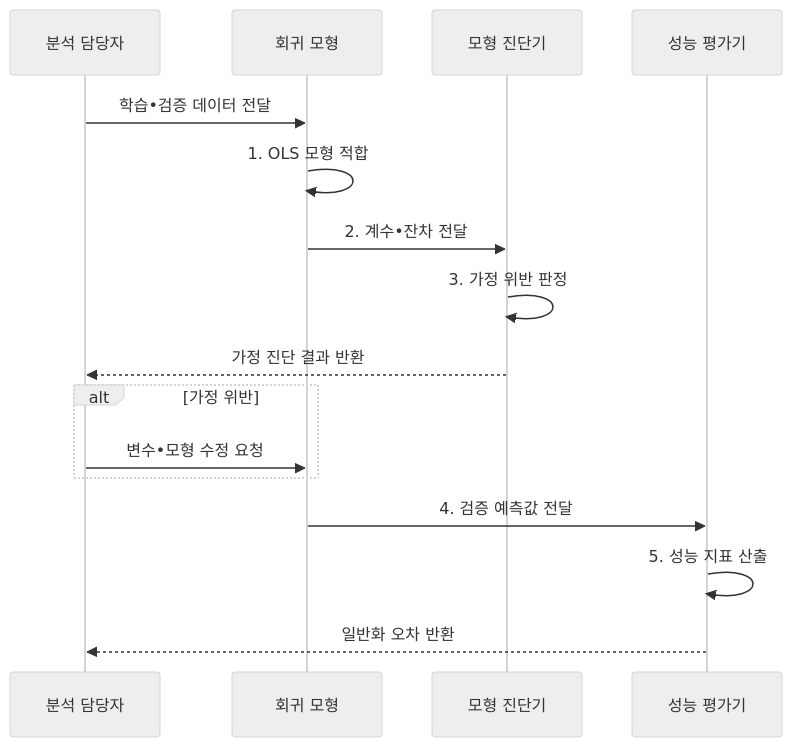
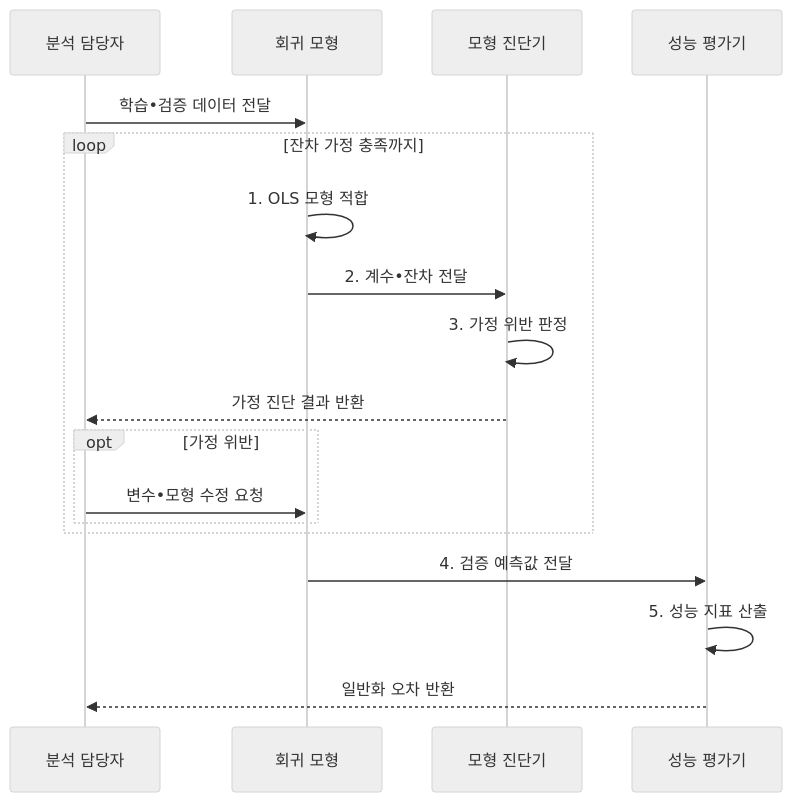
The second of 2 diagrams in src/content/docs/notes/01-basic-theory/034_regression_analysis.md (agnusdei1207/knowledge-base), drawn with Mermaid (neutral theme) before and after one commit. The commit also changed other lines of this file and 12 other files, not shown here.

````diff
--- a/src/content/docs/notes/01-basic-theory/034_regression_analysis.md
+++ b/src/content/docs/notes/01-basic-theory/034_regression_analysis.md
@@ -99,18 +99,20 @@
 ```mermaid
 sequenceDiagram
     participant A as 분석 담당자
     participant M as 회귀 모형
     participant D as 모형 진단기
     participant E as 성능 평가기
     A->>M: 학습•검증 데이터 전달
-    M->>M: 1. OLS 모형 적합
-    M->>D: 2. 계수•잔차 전달
-    D->>D: 3. 가정 위반 판정
-    D-->>A: 가정 진단 결과 반환
-    alt 가정 위반
-        A->>M: 변수•모형 수정 요청
+    loop 잔차 가정 충족까지
+        M->>M: 1. OLS 모형 적합
+        M->>D: 2. 계수•잔차 전달
+        D->>D: 3. 가정 위반 판정
+        D-->>A: 가정 진단 결과 반환
+        opt 가정 위반
+            A->>M: 변수•모형 수정 요청
+        end
     end
     M->>E: 4. 검증 예측값 전달
     E->>E: 5. 성능 지표 산출
     E-->>A: 일반화 오차 반환
 ```
````
